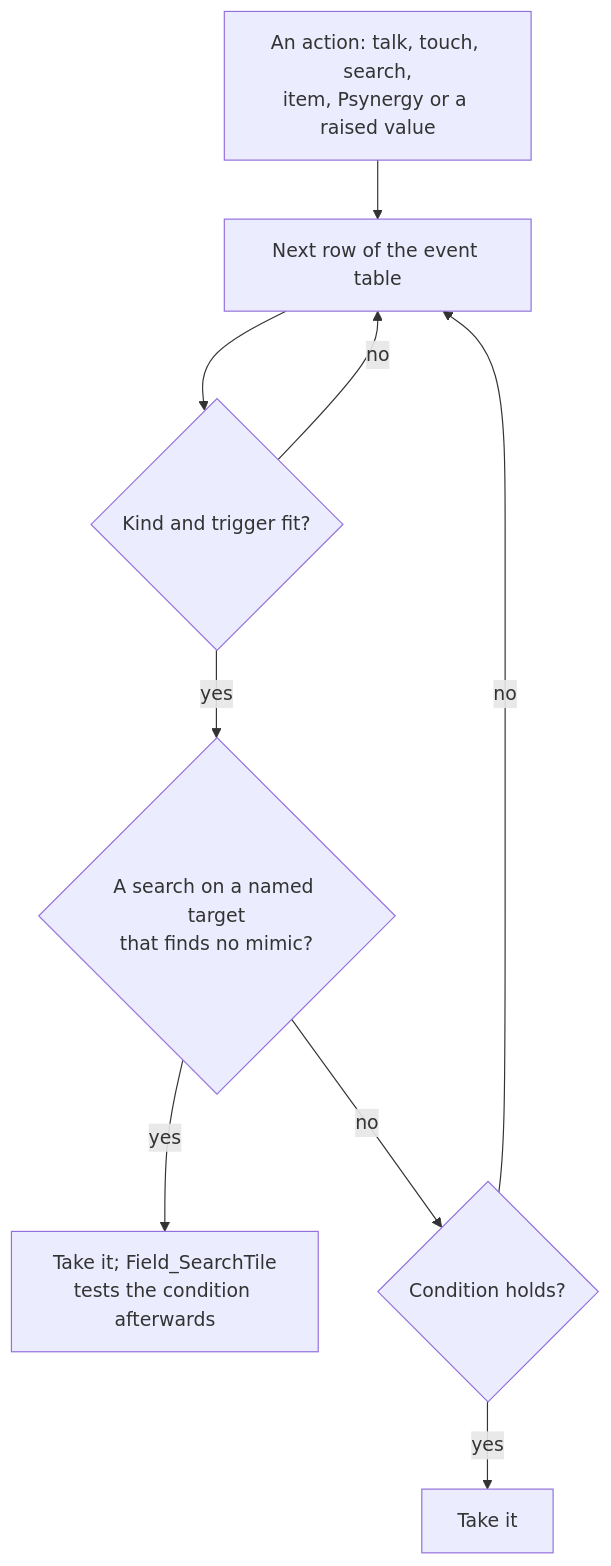
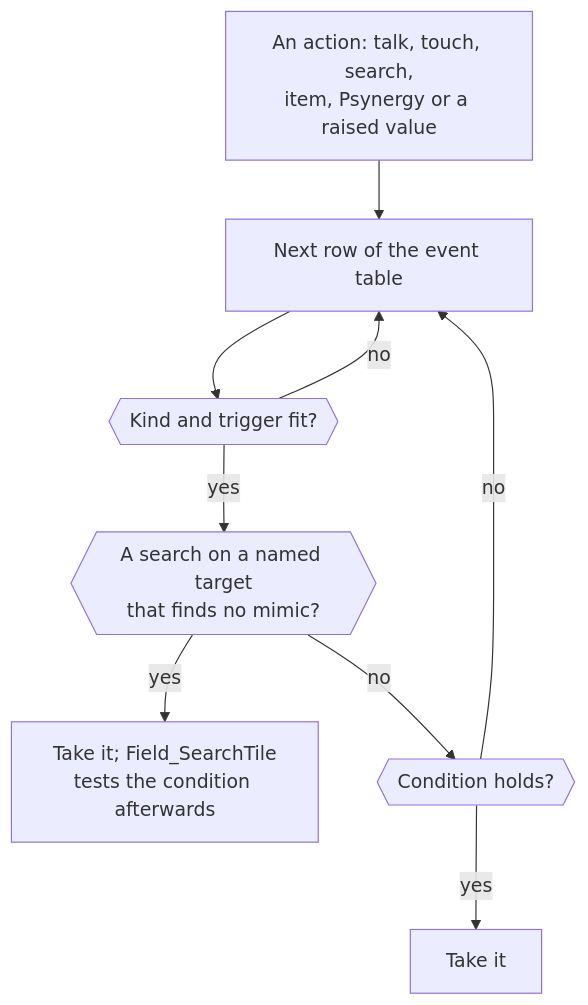
The second of 2 diagrams in games/tbs/src/scene/README.md (PascalPixel/alchemy), drawn with Mermaid before and after one commit. The commit also changed 17 other files, not shown here.

First line of the commit message:
Docs: diagrams that draw on the site

````diff
--- a/games/tbs/src/scene/README.md
+++ b/games/tbs/src/scene/README.md
@@ -155,11 +155,11 @@
 ```mermaid
 flowchart TD
     action["An action: talk, touch, search,<br/>item, Psynergy or a raised value"] --> row["Next row of the event table"]
-    row --> fits{"Kind and trigger fit?"}
+    row --> fits{{"Kind and trigger fit?"}}
     fits -->|no| row
-    fits -->|yes| named{"A search on a named target<br/>that finds no mimic?"}
+    fits -->|yes| named{{"A search on a named target<br/>that finds no mimic?"}}
     named -->|yes| take["Take it; Field_SearchTile<br/>tests the condition afterwards"]
-    named -->|no| cond{"Condition holds?"}
+    named -->|no| cond{{"Condition holds?"}}
     cond -->|no| row
     cond -->|yes| run["Take it"]
 ```
````
